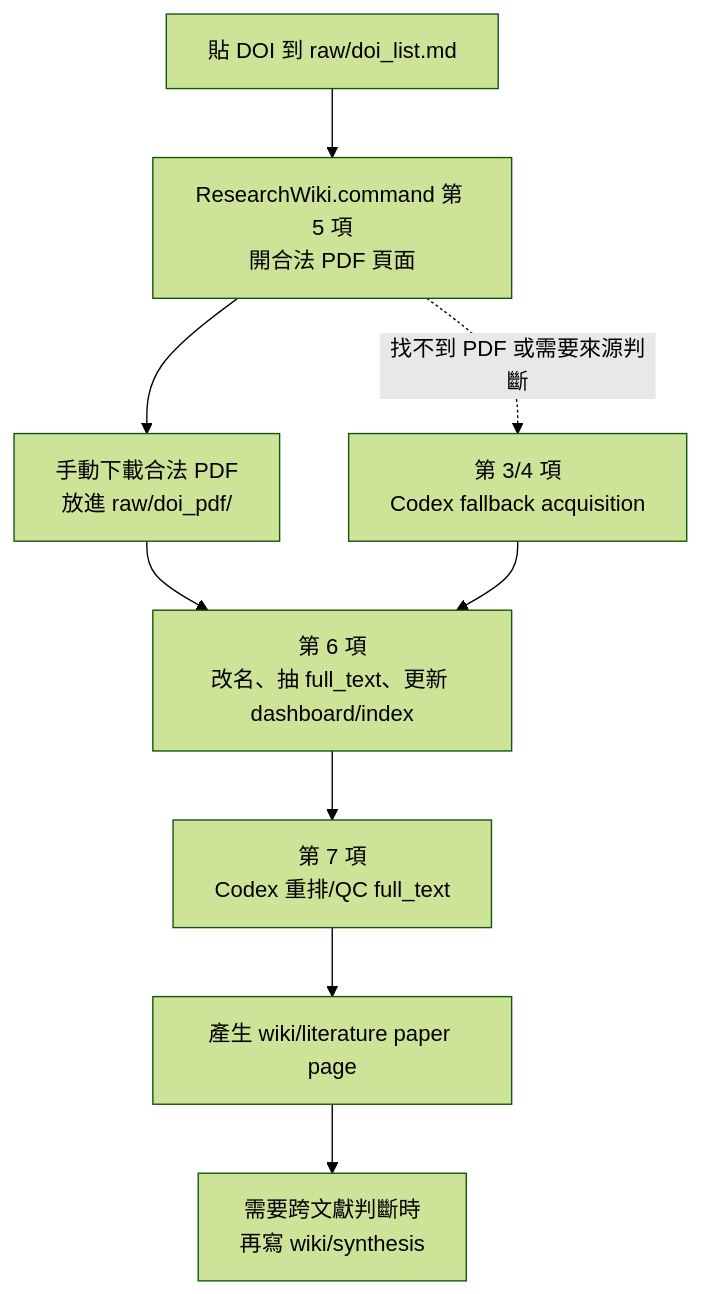
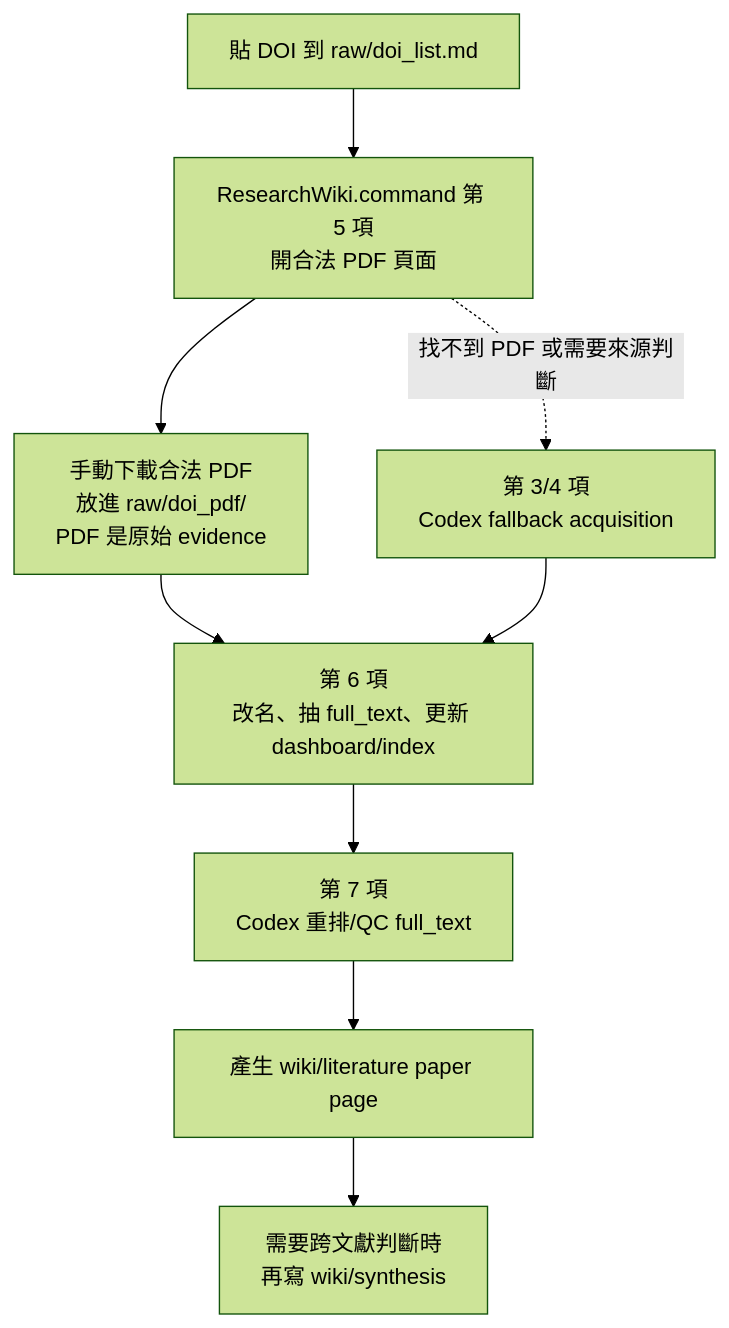
One commit to ChenHau-Lan/ResearchWiki changed the first of 3 diagrams in README.zh-TW.md. Above: the diagram before and after it, drawn with Mermaid (forest theme). The commit also changed other lines of this file and 1 other file, not shown here.

````diff
--- a/README.zh-TW.md
+++ b/README.zh-TW.md
@@ -13,12 +33,12 @@
 ```mermaid
 flowchart TD
     A["貼 DOI 到 raw/doi_list.md"] --> B["ResearchWiki.command 第 5 項<br/>開合法 PDF 頁面"]
-    B --> C["手動下載合法 PDF<br/>放進 raw/doi_pdf/"]
+    B --> C["手動下載合法 PDF<br/>放進 raw/doi_pdf/<br/>PDF 是原始 evidence"]
     C --> D["第 6 項<br/>改名、抽 full_text、更新 dashboard/index"]
     D --> E["第 7 項<br/>Codex 重排/QC full_text"]
     E --> F["產生 wiki/literature paper page"]
     F --> G["需要跨文獻判斷時<br/>再寫 wiki/synthesis"]
 
     B -. "找不到 PDF 或需要來源判斷" .-> H["第 3/4 項<br/>Codex fallback acquisition"]
     H --> D
 ```
````
